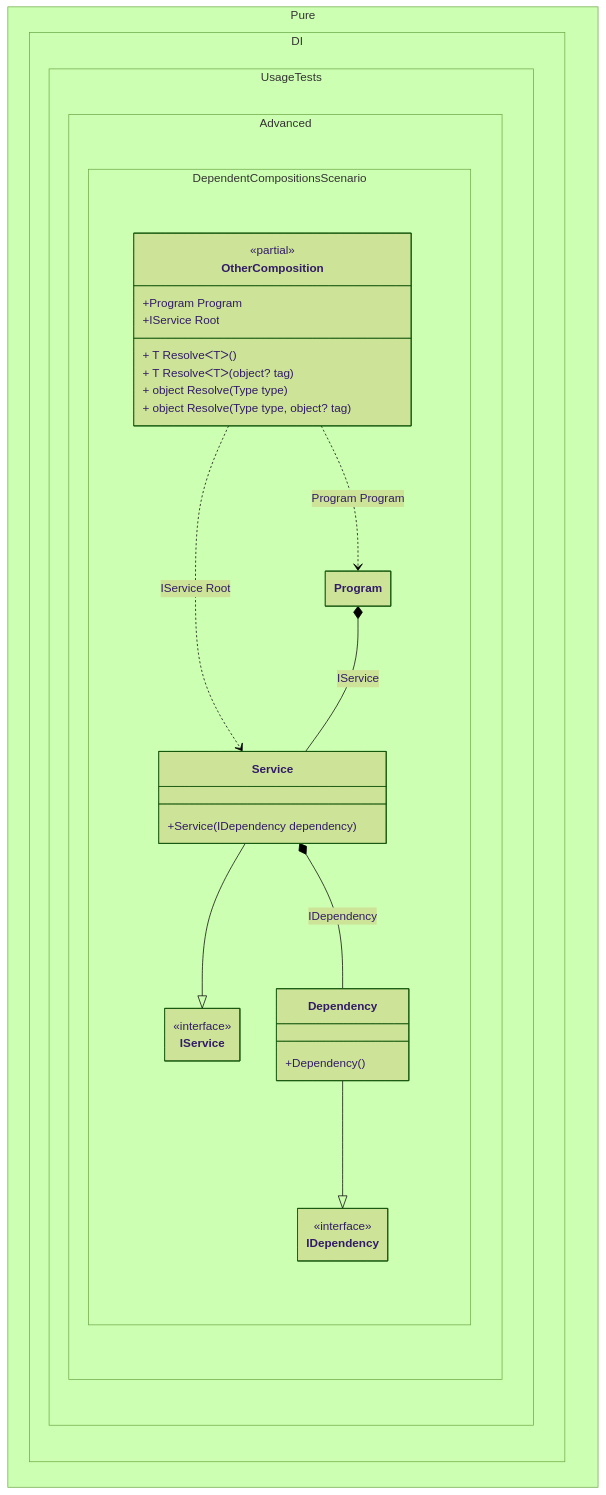
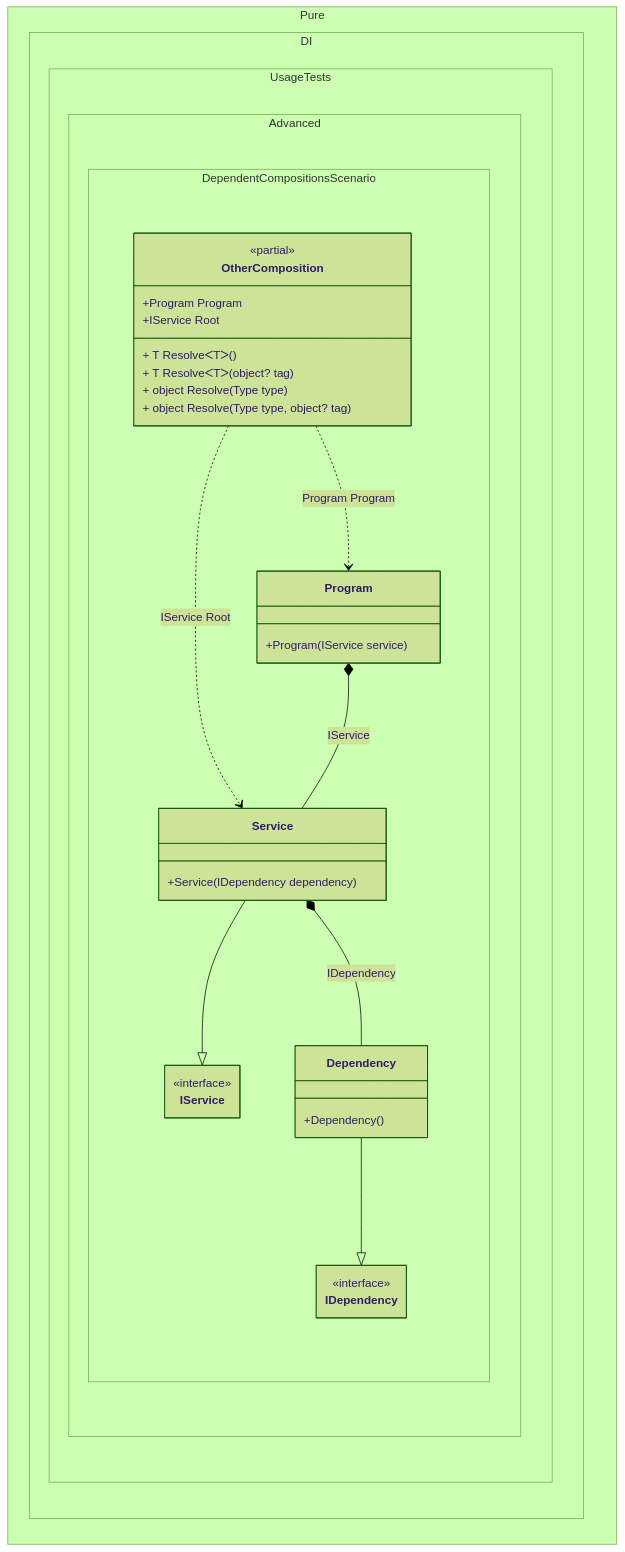
Before and after one commit to DevTeam/Pure.DI: the diagram in readme/dependent-compositions.md, drawn with Mermaid (forest theme). The commit also changed 113 other files, not shown here.

````diff
--- a/readme/dependent-compositions.md
+++ b/readme/dependent-compositions.md
@@ -395,39 +395,40 @@
 ```mermaid
 ---
  config:
   class:
    hideEmptyMembersBox: true
 ---
 classDiagram
 	Service --|> IService
 	Dependency --|> IDependency
 	OtherComposition ..> Program : Program Program
 	OtherComposition ..> Service : IService Root
+	Service *--  Dependency : IDependency
 	Program *--  Service : IService
-	Service *--  Dependency : IDependency
 	namespace Pure.DI.UsageTests.Advanced.DependentCompositionsScenario {
 		class Dependency {
 			+Dependency()
 		}
 		class IDependency {
 			<<interface>>
 		}
 		class IService {
 			<<interface>>
 		}
 		class OtherComposition {
 		<<partial>>
 		+Program Program
 		+IService Root
 		+ T ResolveᐸTᐳ()
 		+ T ResolveᐸTᐳ(object? tag)
 		+ object Resolve(Type type)
 		+ object Resolve(Type type, object? tag)
 		}
 		class Program {
+			+Program(IService service)
 		}
 		class Service {
 			+Service(IDependency dependency)
 		}
 	}
 ```
````
